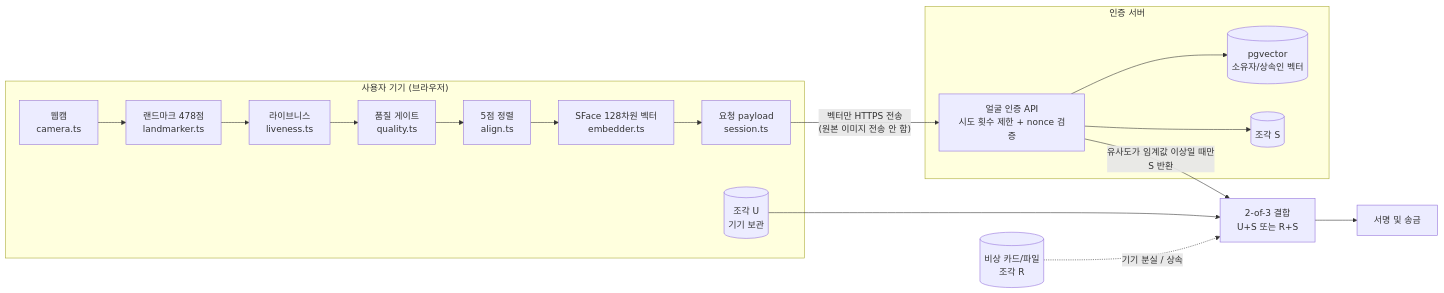
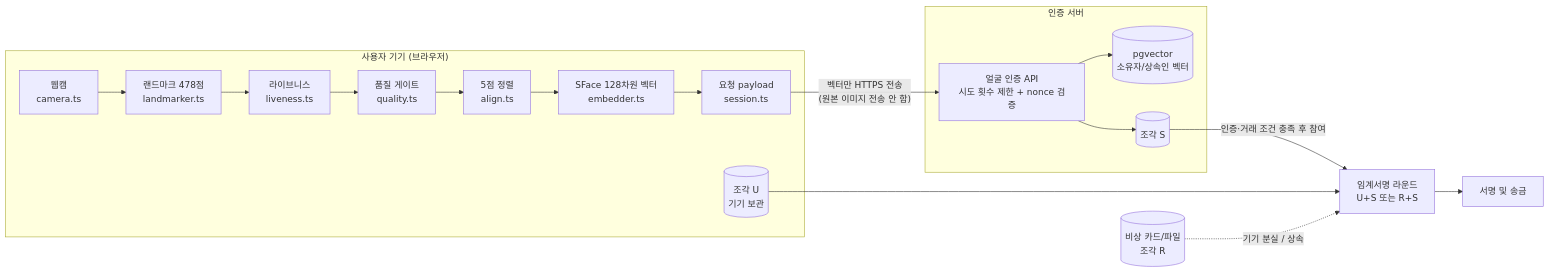
One commit to ishidol207/chronos-vault changed the diagram in [facial recognition].md. Above: the diagram before and after it, drawn with Mermaid. The commit also changed other lines of this file and 28 other files, not shown here.

````diff
--- a/[facial recognition].md
+++ b/[facial recognition].md
@@ -370,22 +376,22 @@
 ```mermaid
 flowchart LR
   subgraph Device["사용자 기기 (브라우저)"]
     CAM["웹캠<br/>camera.ts"] --> LM["랜드마크 478점<br/>landmarker.ts"]
     LM --> LIVE["라이브니스<br/>liveness.ts"]
     LIVE --> Q["품질 게이트<br/>quality.ts"]
     Q --> AL["5점 정렬<br/>align.ts"]
     AL --> EMB["SFace 128차원 벡터<br/>embedder.ts"]
     EMB --> SES["요청 payload<br/>session.ts"]
     U[("조각 U<br/>기기 보관")]
   end
   subgraph Server["인증 서버"]
     API["얼굴 인증 API<br/>시도 횟수 제한 + nonce 검증"] --> DB[("pgvector<br/>소유자/상속인 벡터")]
     API --> SS[("조각 S")]
   end
   R[("비상 카드/파일<br/>조각 R")]
   SES -- "벡터만 HTTPS 전송<br/>(원본 이미지 전송 안 함)" --> API
-  API -- "유사도가 임계값 이상일 때만<br/>S 반환" --> COMB["2-of-3 결합<br/>U+S 또는 R+S"]
+  SS -- "인증·거래 조건 충족 후 참여" --> COMB["임계서명 라운드<br/>U+S 또는 R+S"]
   U --> COMB
   R -. "기기 분실 / 상속" .-> COMB
   COMB --> SIGN["서명 및 송금"]
 ```
````
